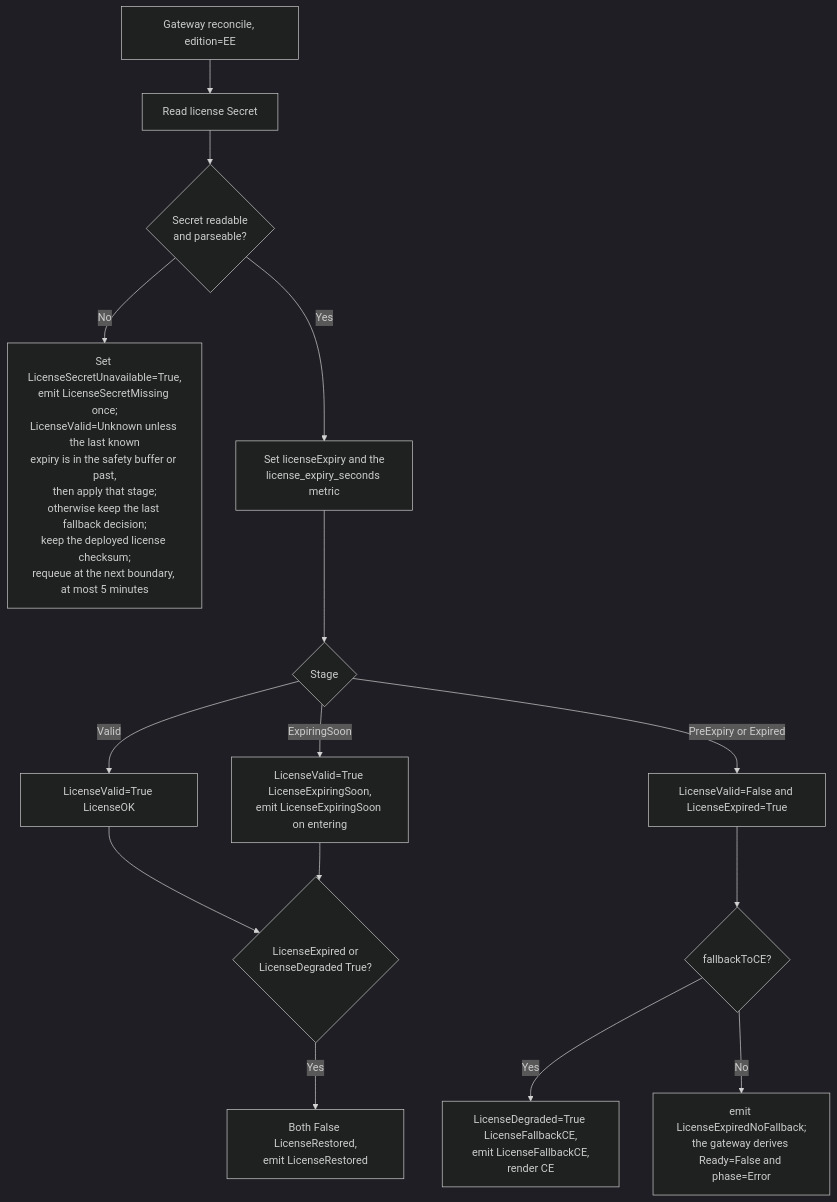
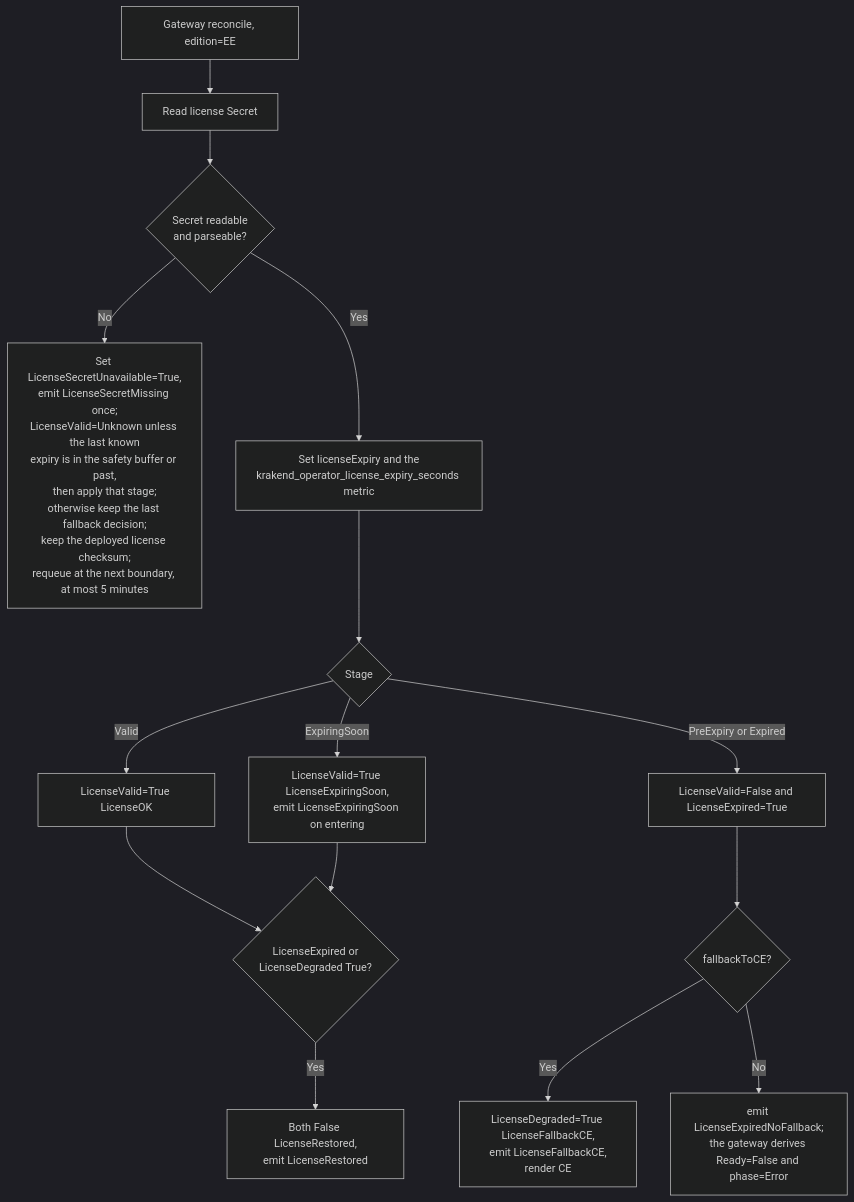
The seventh of 10 diagrams in architecture/application/application-architecture.md (MyCarrier-DevOps/KrakenD-Operator), drawn with Mermaid (dark theme) before and after one commit. The commit also changed other lines of this file, not shown here.

First line of the commit message:
docs(architecture): describe Progressing derivation, held generation

````diff
--- a/architecture/application/application-architecture.md
+++ b/architecture/application/application-architecture.md
@@ -1382,17 +1386,17 @@
 ```mermaid
 flowchart TD
     A[Gateway reconcile, edition=EE] --> C[Read license Secret]
     C --> D{Secret readable<br/>and parseable?}
     D -->|No| E[Set LicenseSecretUnavailable=True,<br/>emit LicenseSecretMissing once;<br/>LicenseValid=Unknown unless the last known<br/>expiry is in the safety buffer or past,<br/>then apply that stage;<br/>otherwise keep the last fallback decision;<br/>keep the deployed license checksum;<br/>requeue at the next boundary, at most 5 minutes]
-    D -->|Yes| F[Set licenseExpiry and the<br/>license_expiry_seconds metric]
+    D -->|Yes| F[Set licenseExpiry and the<br/>krakend_operator_license_expiry_seconds metric]
     F --> G{Stage}
     G -->|Valid| M[LicenseValid=True LicenseOK]
     G -->|ExpiringSoon| L[LicenseValid=True LicenseExpiringSoon,<br/>emit LicenseExpiringSoon on entering]
     M --> R{LicenseExpired or<br/>LicenseDegraded True?}
     L --> R
     R -->|Yes| R1[Both False LicenseRestored,<br/>emit LicenseRestored]
     G -->|PreExpiry or Expired| H[LicenseValid=False and LicenseExpired=True]
     H --> N{fallbackToCE?}
     N -->|Yes| O[LicenseDegraded=True LicenseFallbackCE,<br/>emit LicenseFallbackCE,<br/>render CE]
     N -->|No| P[emit LicenseExpiredNoFallback;<br/>the gateway derives Ready=False and phase=Error]
 ```
````
